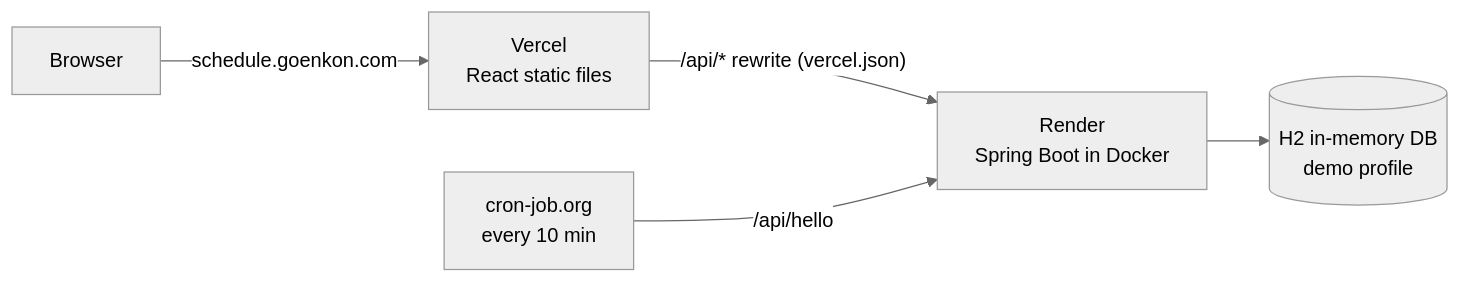
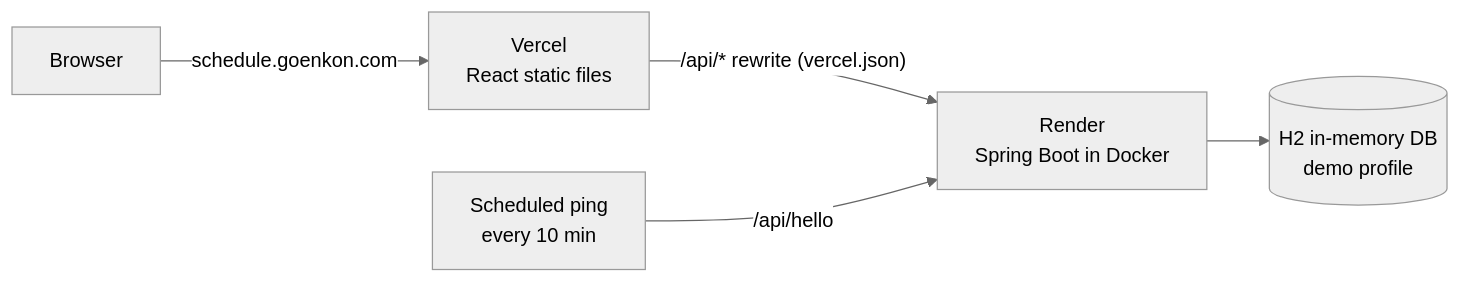
One commit to goenkon97/schedule-system changed the diagram in README.md. Above: the diagram before and after it, drawn with Mermaid (neutral theme). The commit also changed other lines of this file and 2 other files, not shown here.

First line of the commit message:
README：修正后端休眠的说明——已设置每 10 分钟定时访问 /api/hello 保持唤醒，前后说法统一（英文、日文、中文）

````diff
--- a/README.md
+++ b/README.md
@@ -50,7 +50,7 @@
 ```mermaid
 flowchart LR
   B[Browser] -->|schedule.goenkon.com| V[Vercel<br/>React static files]
   V -->|"/api/* rewrite (vercel.json)"| R[Render<br/>Spring Boot in Docker]
   R --> D[(H2 in-memory DB<br/>demo profile)]
-  C[cron-job.org<br/>every 10 min] -->|/api/hello| R
+  C[Scheduled ping<br/>every 10 min] -->|/api/hello| R
 ```
````
